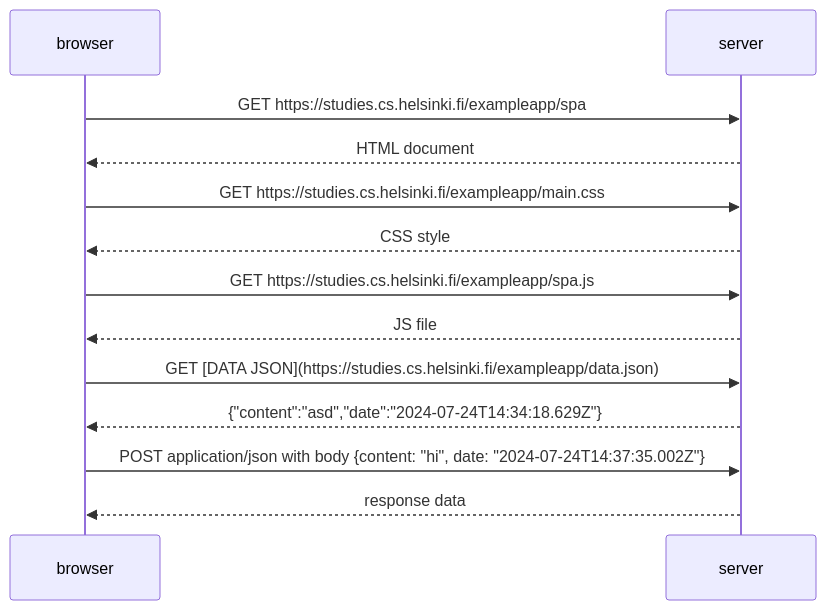
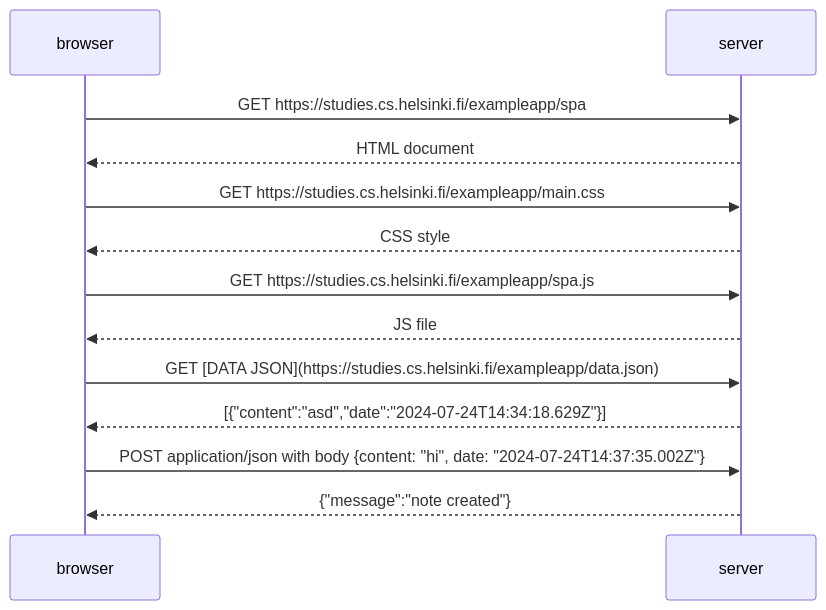
The diagram in 0-5.md (ninanhinguyen/part0), drawn with Mermaid before and after one commit.

````diff
--- a/0-5.md
+++ b/0-5.md
@@ -1,15 +1,15 @@
 ```mermaid
 sequenceDiagram
     participant browser
     participant server
     browser->>server: GET https://studies.cs.helsinki.fi/exampleapp/spa
     server-->>browser: HTML document
     browser->>server: GET https://studies.cs.helsinki.fi/exampleapp/main.css
     server-->>browser: CSS style
 browser ->>server: GET https://studies.cs.helsinki.fi/exampleapp/spa.js
 server -->> browser: JS file
 browser ->> server: GET [DATA JSON](https://studies.cs.helsinki.fi/exampleapp/data.json)
-server-->> browser: {"content":"asd","date":"2024-07-24T14:34:18.629Z"}
+server-->> browser: [{"content":"asd","date":"2024-07-24T14:34:18.629Z"}]
     browser->>server: POST application/json with body {content: "hi", date: "2024-07-24T14:37:35.002Z"}
-    server-->>browser: response data
+    server-->>browser: {"message":"note created"}
 ```
````
